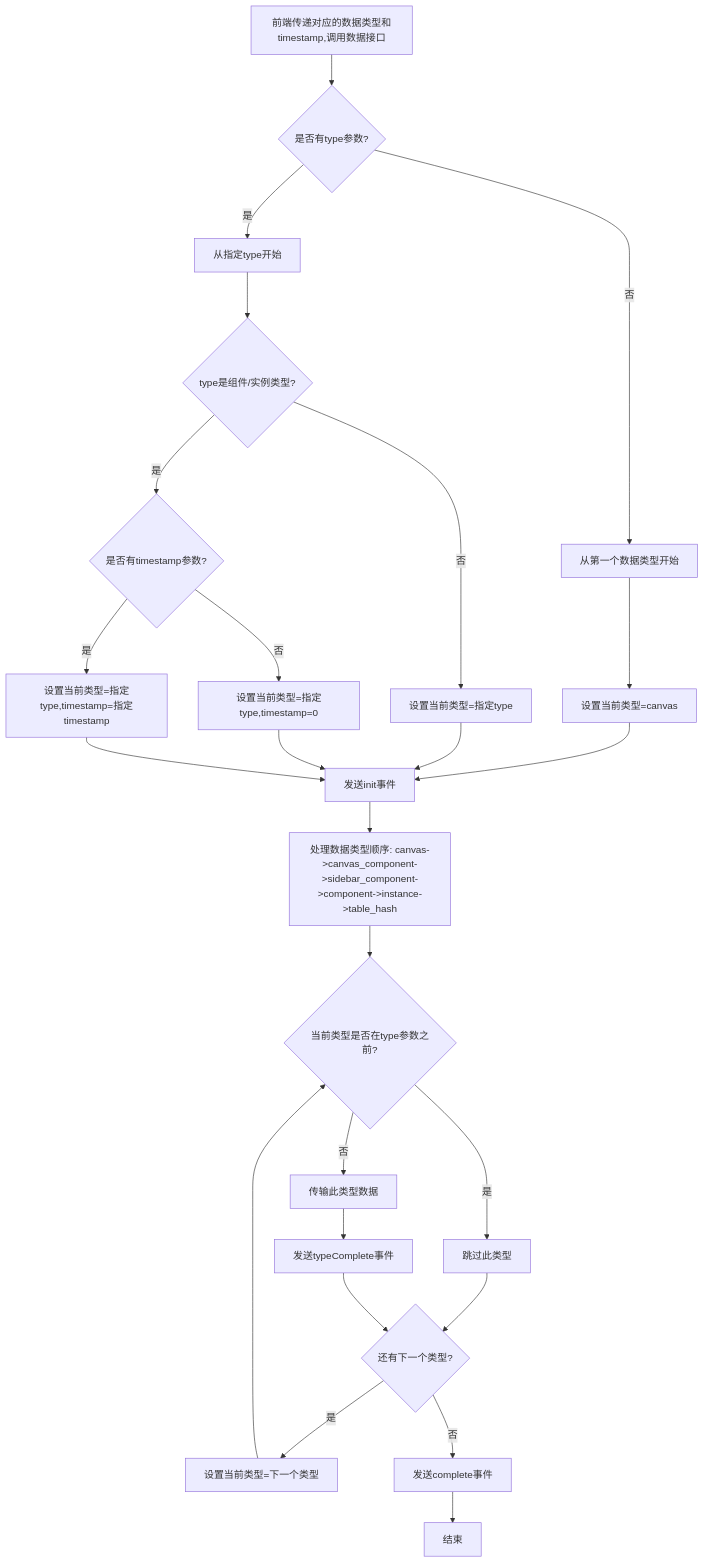
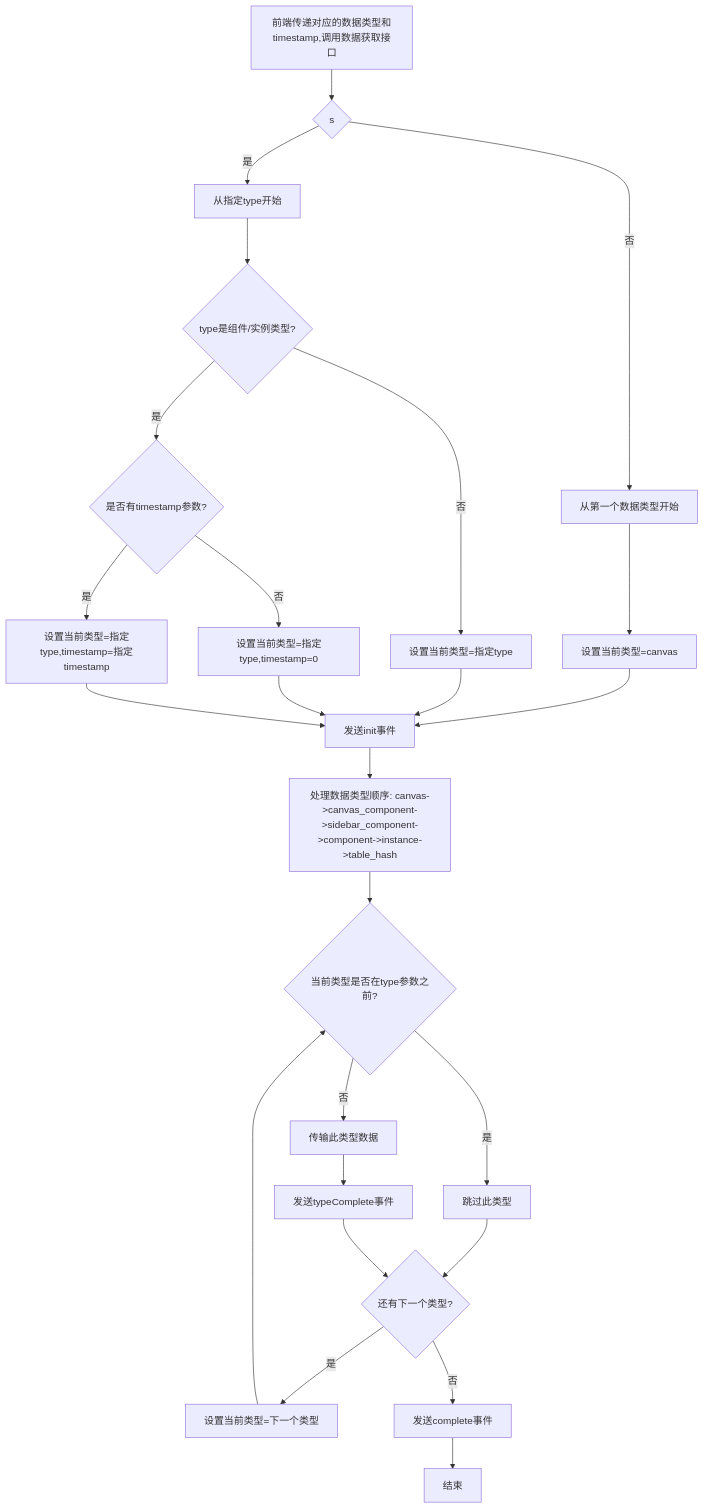
One commit to yingjianzh/iodraw-files changed the diagram in all/未命名-59.md. Above: the diagram before and after it, drawn with Mermaid.

Commit message:
2025-05-14 15:30:21 update

````diff
--- a/all/未命名-59.md
+++ b/all/未命名-59.md
@@ -1,37 +1,37 @@
 ```mermaid
 flowchart TD
-    A[前端传递对应的数据类型和timestamp,调用数据接口] --> B{是否有type参数?}
+    A[前端传递对应的数据类型和timestamp,调用数据获取接口] --> B{s}
     
     B -->|否| C[从第一个数据类型开始]
     B -->|是| D[从指定type开始]
     
     C --> E[设置当前类型=canvas]
     D --> F{type是组件/实例类型?}
     
     F -->|否| G[设置当前类型=指定type]
     F -->|是| H{是否有timestamp参数?}
     
     H -->|否| I[设置当前类型=指定type,timestamp=0]
     H -->|是| J[设置当前类型=指定type,timestamp=指定timestamp]
     
     E --> K[发送init事件]
     G --> K
     I --> K
     J --> K
     
     K --> L[处理数据类型顺序: canvas->canvas_component->sidebar_component->component->instance->table_hash]
     
     L --> M{当前类型是否在type参数之前?}
     M -->|是| N[跳过此类型]
     M -->|否| O[传输此类型数据]
     
     N --> P{还有下一个类型?}
     O --> Q[发送typeComplete事件]
     Q --> P
     
     P -->|是| R[设置当前类型=下一个类型]
     P -->|否| S[发送complete事件]
     
     R --> M
     S --> T[结束]
 ```
````
